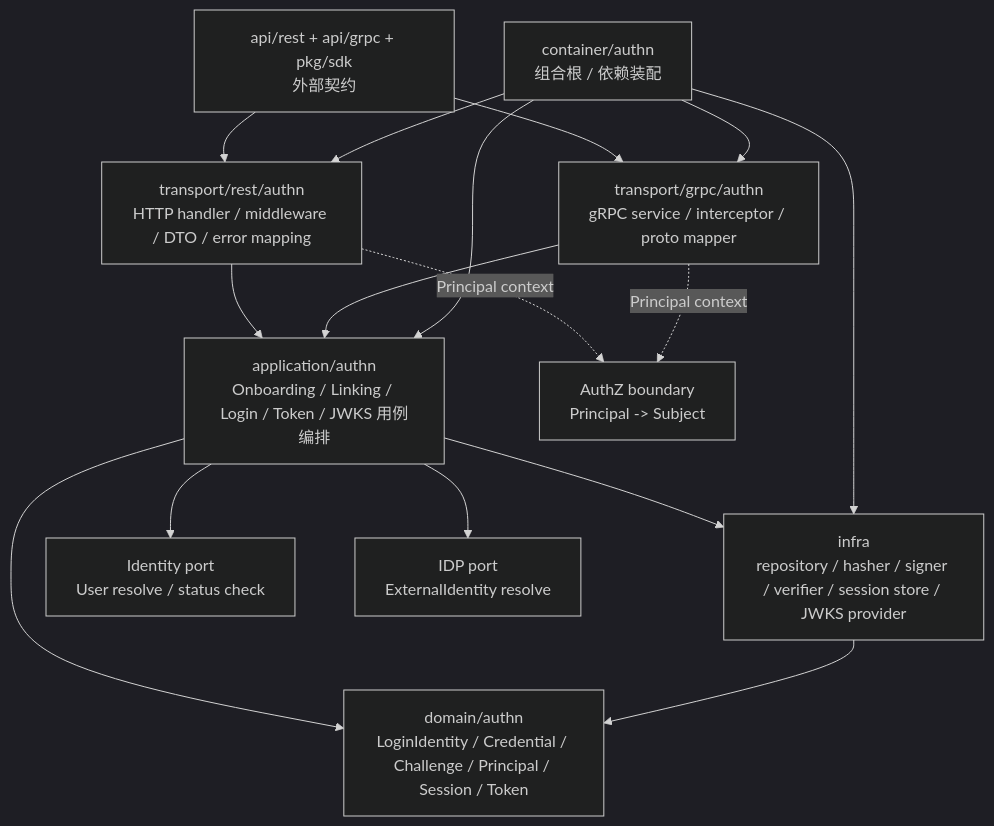
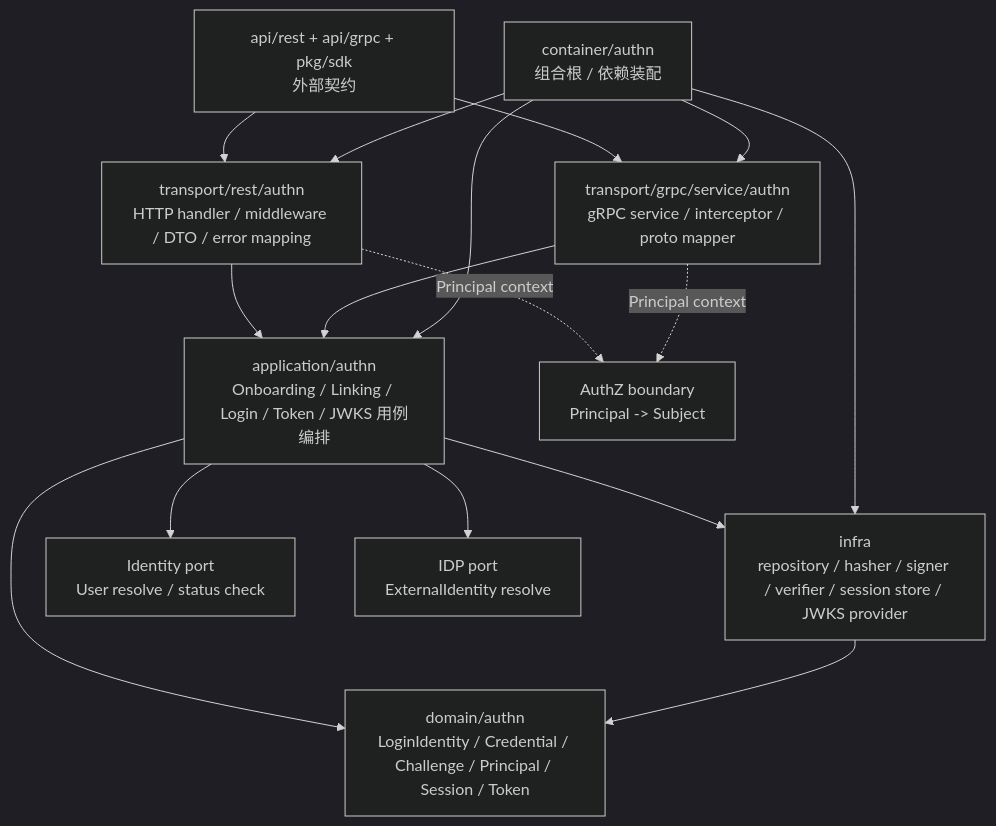
Before and after one commit to FangcunMount/iam: the diagram in docs/02-业务模块/02-AuthN/08-分层架构与代码索引.md, drawn with Mermaid (dark theme). The commit also changed other lines of this file and 45 other files, not shown here.

````diff
--- a/docs/02-业务模块/02-AuthN/08-分层架构与代码索引.md
+++ b/docs/02-业务模块/02-AuthN/08-分层架构与代码索引.md
@@ -58,29 +58,29 @@
 ```mermaid
 flowchart TD
     Contract["api/rest + api/grpc + pkg/sdk\n外部契约"]
     Rest["transport/rest/authn\nHTTP handler / middleware / DTO / error mapping"]
-    Grpc["transport/grpc/authn\ngRPC service / interceptor / proto mapper"]
+    Grpc["transport/grpc/service/authn\ngRPC service / interceptor / proto mapper"]
     App["application/authn\nOnboarding / Linking / Login / Token / JWKS 用例编排"]
     Domain["domain/authn\nLoginIdentity / Credential / Challenge / Principal / Session / Token"]
     Infra["infra\nrepository / hasher / signer / verifier / session store / JWKS provider"]
     Container["container/authn\n组合根 / 依赖装配"]
     Identity["Identity port\nUser resolve / status check"]
     IDP["IDP port\nExternalIdentity resolve"]
     AuthZ["AuthZ boundary\nPrincipal -> Subject"]
 
     Contract --> Rest
     Contract --> Grpc
     Rest --> App
     Grpc --> App
     App --> Domain
     App --> Infra
     App --> Identity
     App --> IDP
     Rest -.Principal context.-> AuthZ
     Grpc -.Principal context.-> AuthZ
     Infra --> Domain
     Container --> Rest
     Container --> Grpc
     Container --> App
     Container --> Infra
 ```
````
